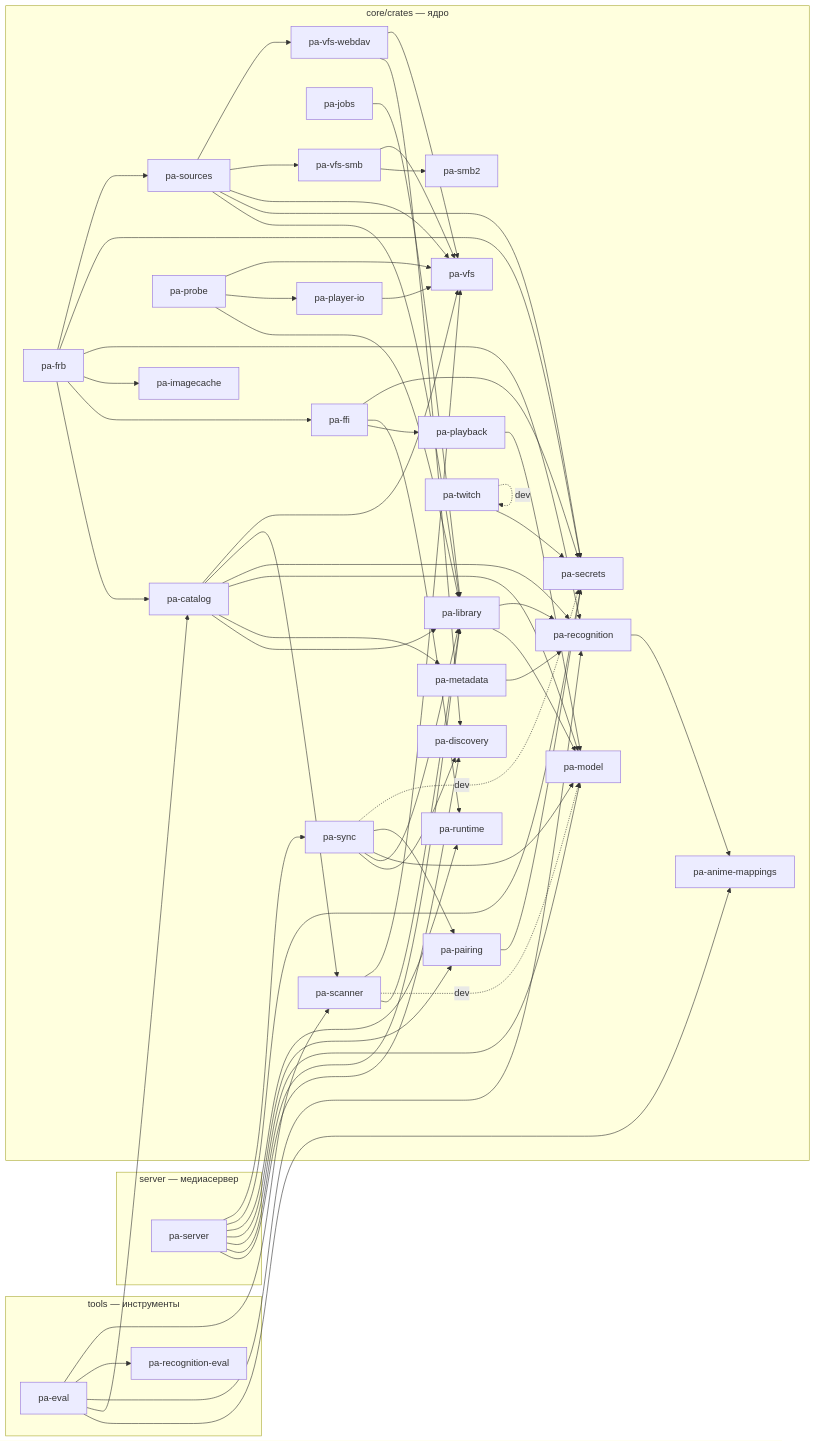
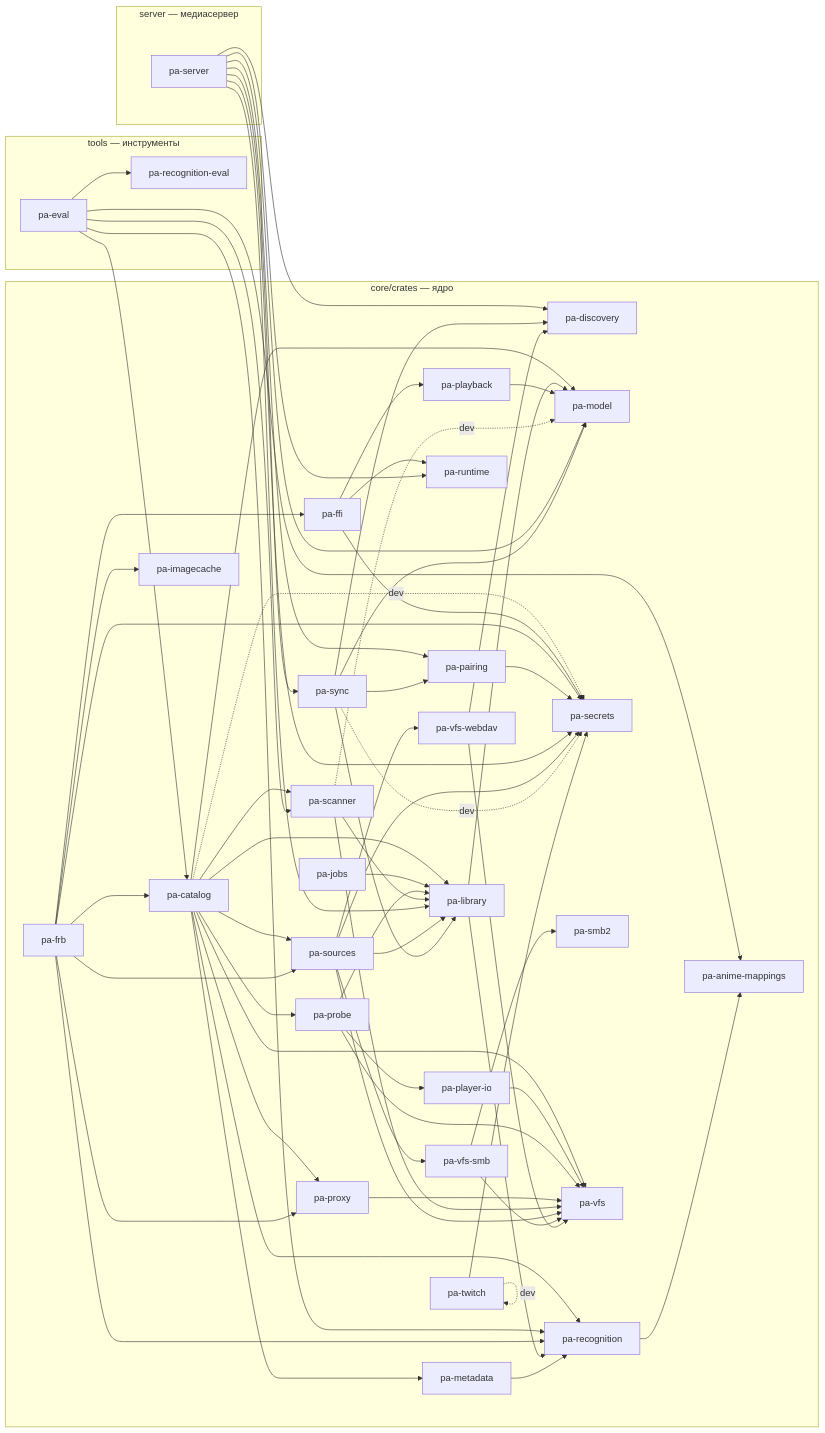
One commit to DenisHumen/project_alpha changed the diagram in docs/dev/crate-graph.md. Above: the diagram before and after it, drawn with Mermaid. The commit also changed other lines of this file and 2 other files, not shown here.

Commit message:
Merge main; assign ADR numbers

```diff
--- a/docs/dev/crate-graph.md
+++ b/docs/dev/crate-graph.md
@@ -26,6 +26,7 @@
     pa_playback["pa-playback"]
     pa_player_io["pa-player-io"]
     pa_probe["pa-probe"]
+    pa_proxy["pa-proxy"]
     pa_recognition["pa-recognition"]
     pa_runtime["pa-runtime"]
     pa_scanner["pa-scanner"]
@@ -48,8 +49,12 @@
   pa_catalog --> pa_library
   pa_catalog --> pa_metadata
   pa_catalog --> pa_model
+  pa_catalog --> pa_probe
+  pa_catalog --> pa_proxy
   pa_catalog --> pa_recognition
   pa_catalog --> pa_scanner
+  pa_catalog -. dev .-> pa_secrets
+  pa_catalog --> pa_sources
   pa_catalog --> pa_vfs
   pa_eval --> pa_anime_mappings
   pa_eval --> pa_catalog
@@ -62,6 +67,7 @@
   pa_frb --> pa_catalog
   pa_frb --> pa_ffi
   pa_frb --> pa_imagecache
+  pa_frb --> pa_proxy
   pa_frb --> pa_recognition
   pa_frb --> pa_secrets
   pa_frb --> pa_sources
@@ -75,6 +81,7 @@
   pa_probe --> pa_library
   pa_probe --> pa_player_io
   pa_probe --> pa_vfs
+  pa_proxy --> pa_vfs
   pa_recognition --> pa_anime_mappings
   pa_scanner --> pa_library
   pa_scanner -. dev .-> pa_model
```
